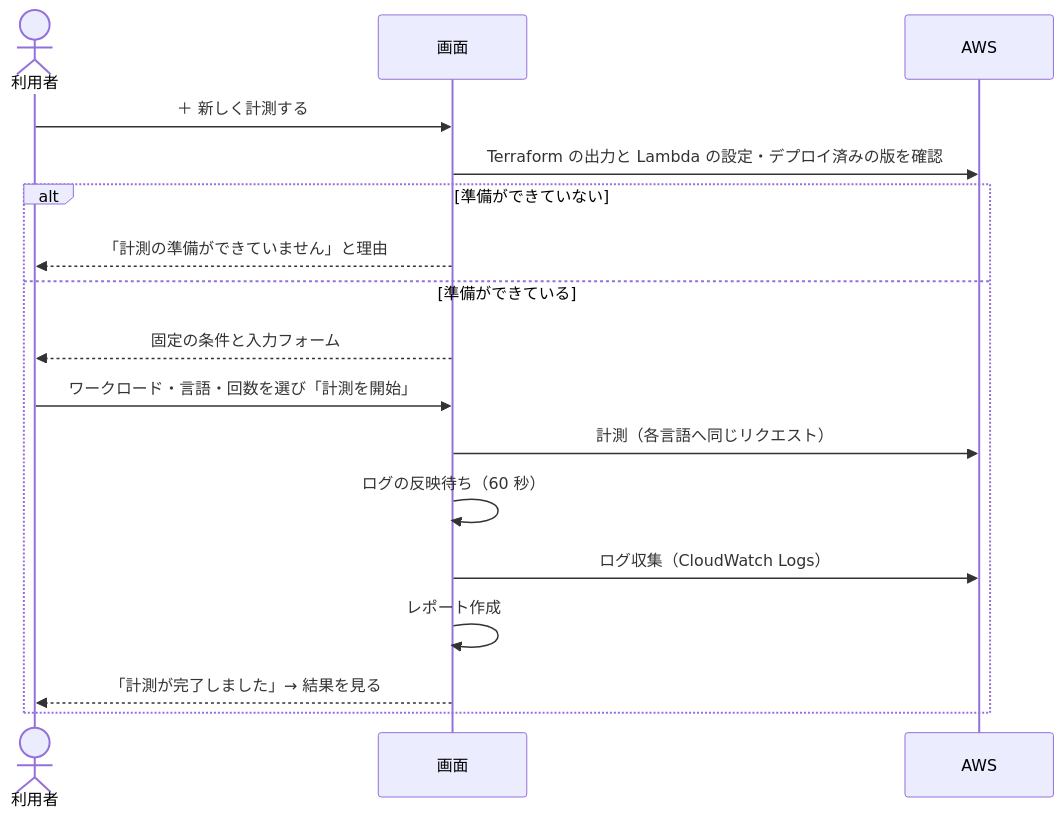
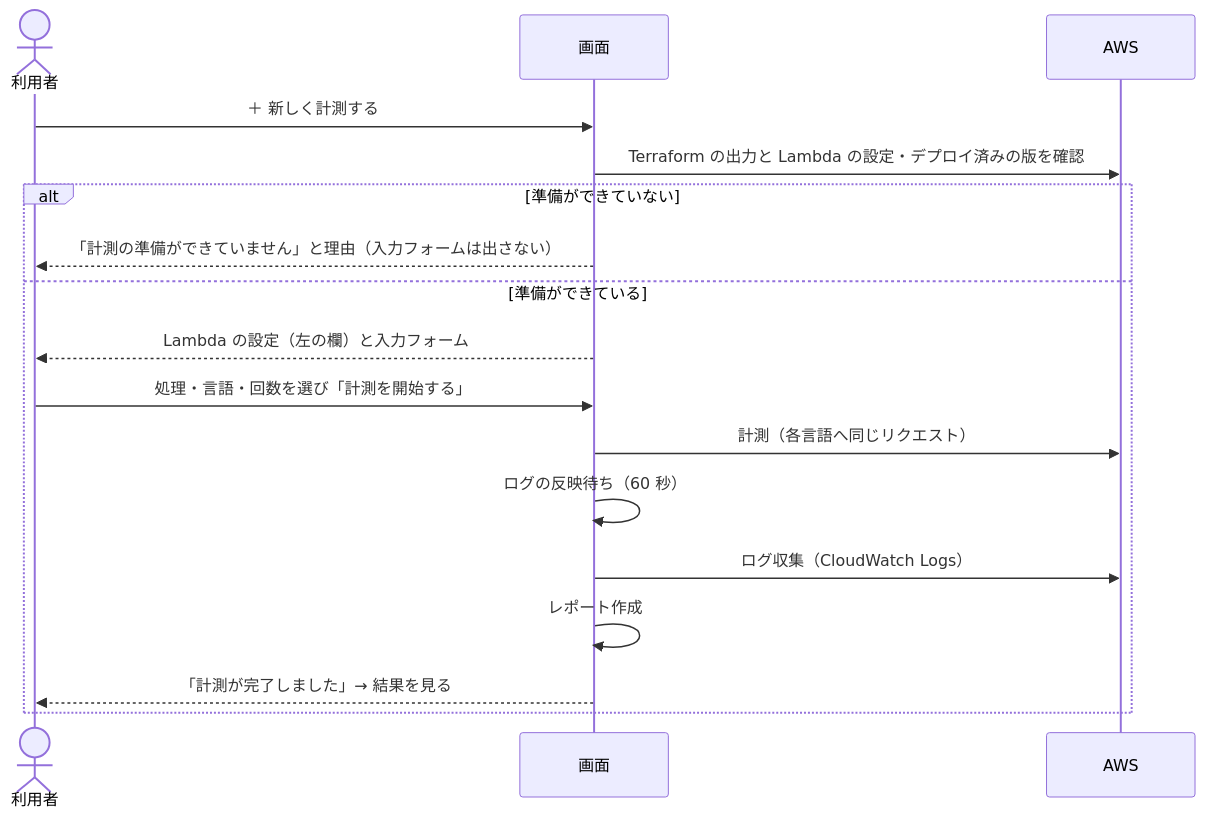
The second of 2 diagrams in docs/09_画面の操作ガイド.md (Equ1N-0-X/lambda-runtime-lab), drawn with Mermaid before and after one commit. The commit also changed other lines of this file and 11 other files, not shown here.

````diff
--- a/docs/09_画面の操作ガイド.md
+++ b/docs/09_画面の操作ガイド.md
@@ -134,19 +139,19 @@
 ```mermaid
 sequenceDiagram
   actor U as 利用者
   participant S as 画面
   participant A as AWS
   U->>S: ＋ 新しく計測する
   S->>A: Terraform の出力と Lambda の設定・デプロイ済みの版を確認
   alt 準備ができていない
-    S-->>U: 「計測の準備ができていません」と理由
+    S-->>U: 「計測の準備ができていません」と理由（入力フォームは出さない）
   else 準備ができている
-    S-->>U: 固定の条件と入力フォーム
-    U->>S: ワークロード・言語・回数を選び「計測を開始」
+    S-->>U: Lambda の設定（左の欄）と入力フォーム
+    U->>S: 処理・言語・回数を選び「計測を開始する」
     S->>A: 計測（各言語へ同じリクエスト）
     S->>S: ログの反映待ち（60 秒）
     S->>A: ログ収集（CloudWatch Logs）
     S->>S: レポート作成
     S-->>U: 「計測が完了しました」→ 結果を見る
   end
 ```
````
